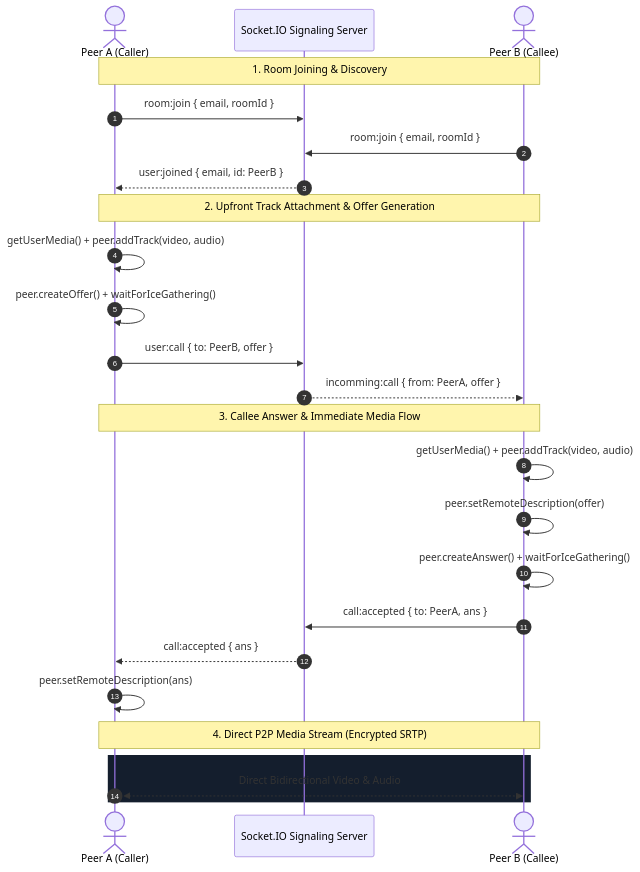
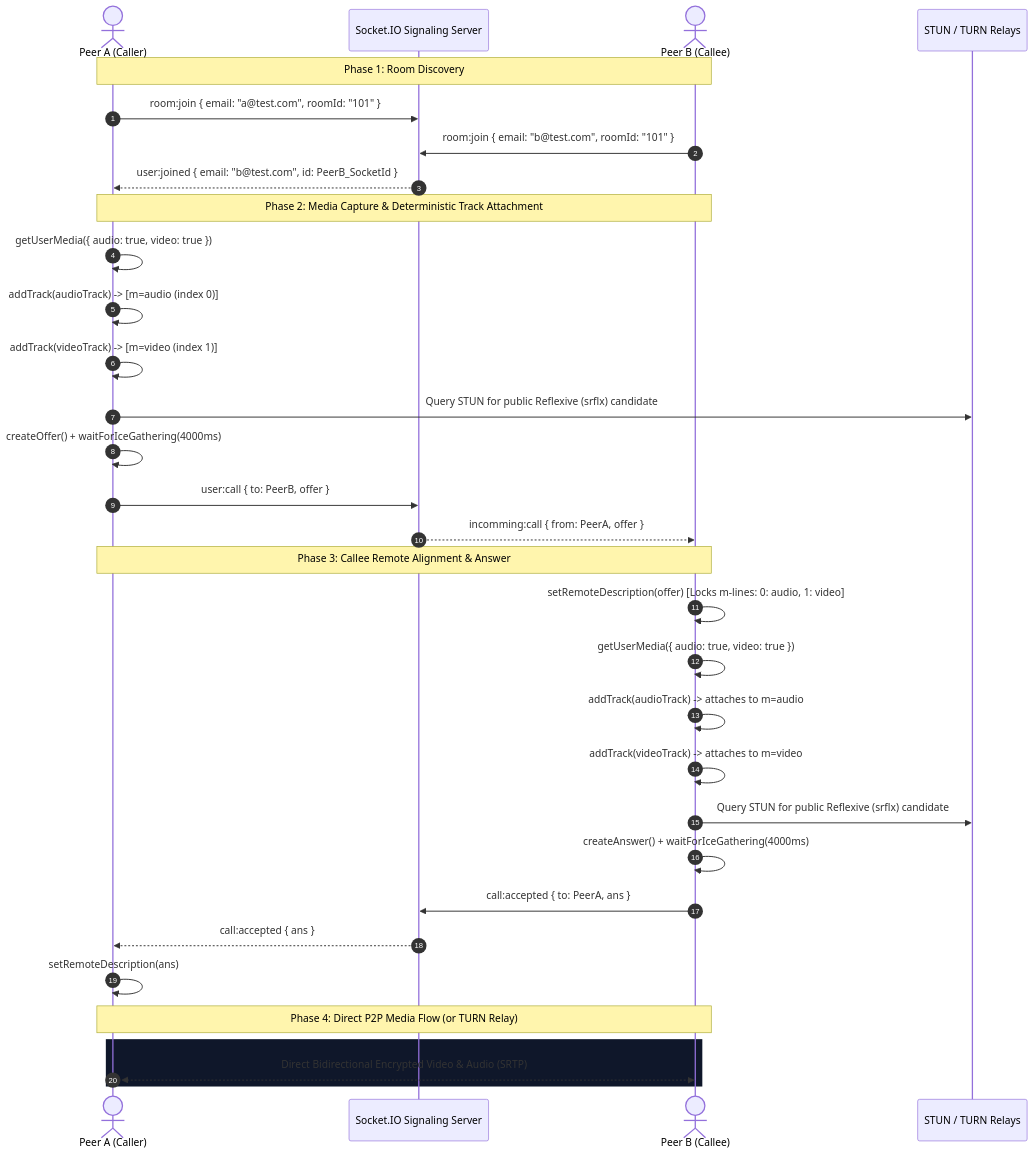
The diagram in README.md (krishnaa6268/pulsertc-vcall-app-ui), drawn with Mermaid before and after one commit. The commit also changed other lines of this file and 2 other files, not shown here.

Commit message:
docs: update system architecture and sanitize configuration

````diff
--- a/README.md
+++ b/README.md
@@ -27,32 +72,38 @@
 ```mermaid
 sequenceDiagram
     autonumber
     actor PeerA as Peer A (Caller)
     participant Server as Socket.IO Signaling Server
     actor PeerB as Peer B (Callee)
+    participant STUN as STUN / TURN Relays
 
-    Note over PeerA,PeerB: 1. Room Joining & Discovery
-    PeerA->>Server: room:join { email, roomId }
-    PeerB->>Server: room:join { email, roomId }
-    Server-->>PeerA: user:joined { email, id: PeerB }
+    Note over PeerA,PeerB: Phase 1: Room Discovery
+    PeerA->>Server: room:join { email: "a@test.com", roomId: "101" }
+    PeerB->>Server: room:join { email: "b@test.com", roomId: "101" }
+    Server-->>PeerA: user:joined { email: "b@test.com", id: PeerB_SocketId }
 
-    Note over PeerA,PeerB: 2. Upfront Track Attachment & Offer Generation
-    PeerA->>PeerA: getUserMedia() + peer.addTrack(video, audio)
-    PeerA->>PeerA: peer.createOffer() + waitForIceGathering()
+    Note over PeerA,PeerB: Phase 2: Media Capture & Deterministic Track Attachment
+    PeerA->>PeerA: getUserMedia({ audio: true, video: true })
+    PeerA->>PeerA: addTrack(audioTrack) -> [m=audio (index 0)]
+    PeerA->>PeerA: addTrack(videoTrack) -> [m=video (index 1)]
+    PeerA->>STUN: Query STUN for public Reflexive (srflx) candidate
+    PeerA->>PeerA: createOffer() + waitForIceGathering(4000ms)
     PeerA->>Server: user:call { to: PeerB, offer }
     Server-->>PeerB: incomming:call { from: PeerA, offer }
 
-    Note over PeerA,PeerB: 3. Callee Answer & Immediate Media Flow
-    PeerB->>PeerB: getUserMedia() + peer.addTrack(video, audio)
-    PeerB->>PeerB: peer.setRemoteDescription(offer)
-    PeerB->>PeerB: peer.createAnswer() + waitForIceGathering()
+    Note over PeerA,PeerB: Phase 3: Callee Remote Alignment & Answer
+    PeerB->>PeerB: setRemoteDescription(offer) [Locks m-lines: 0: audio, 1: video]
+    PeerB->>PeerB: getUserMedia({ audio: true, video: true })
+    PeerB->>PeerB: addTrack(audioTrack) -> attaches to m=audio
+    PeerB->>PeerB: addTrack(videoTrack) -> attaches to m=video
+    PeerB->>STUN: Query STUN for public Reflexive (srflx) candidate
+    PeerB->>PeerB: createAnswer() + waitForIceGathering(4000ms)
     PeerB->>Server: call:accepted { to: PeerA, ans }
     Server-->>PeerA: call:accepted { ans }
+    PeerA->>PeerA: setRemoteDescription(ans)
 
-    PeerA->>PeerA: peer.setRemoteDescription(ans)
-
-    Note over PeerA,PeerB: 4. Direct P2P Media Stream (Encrypted SRTP)
-    rect rgb(20, 30, 45)
-    PeerA<<-->>PeerB: Direct Bidirectional Video & Audio
+    Note over PeerA,PeerB: Phase 4: Direct P2P Media Flow (or TURN Relay)
+    rect rgb(15, 23, 42)
+    PeerA<<-->>PeerB: Direct Bidirectional Encrypted Video & Audio (SRTP)
     end
 ```
````
